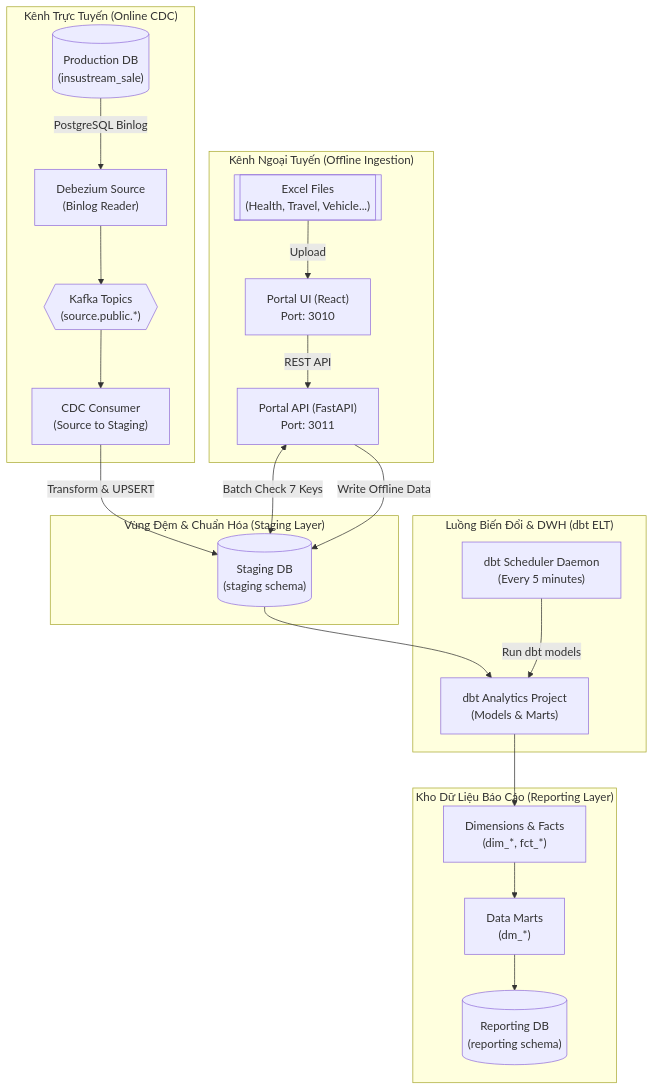
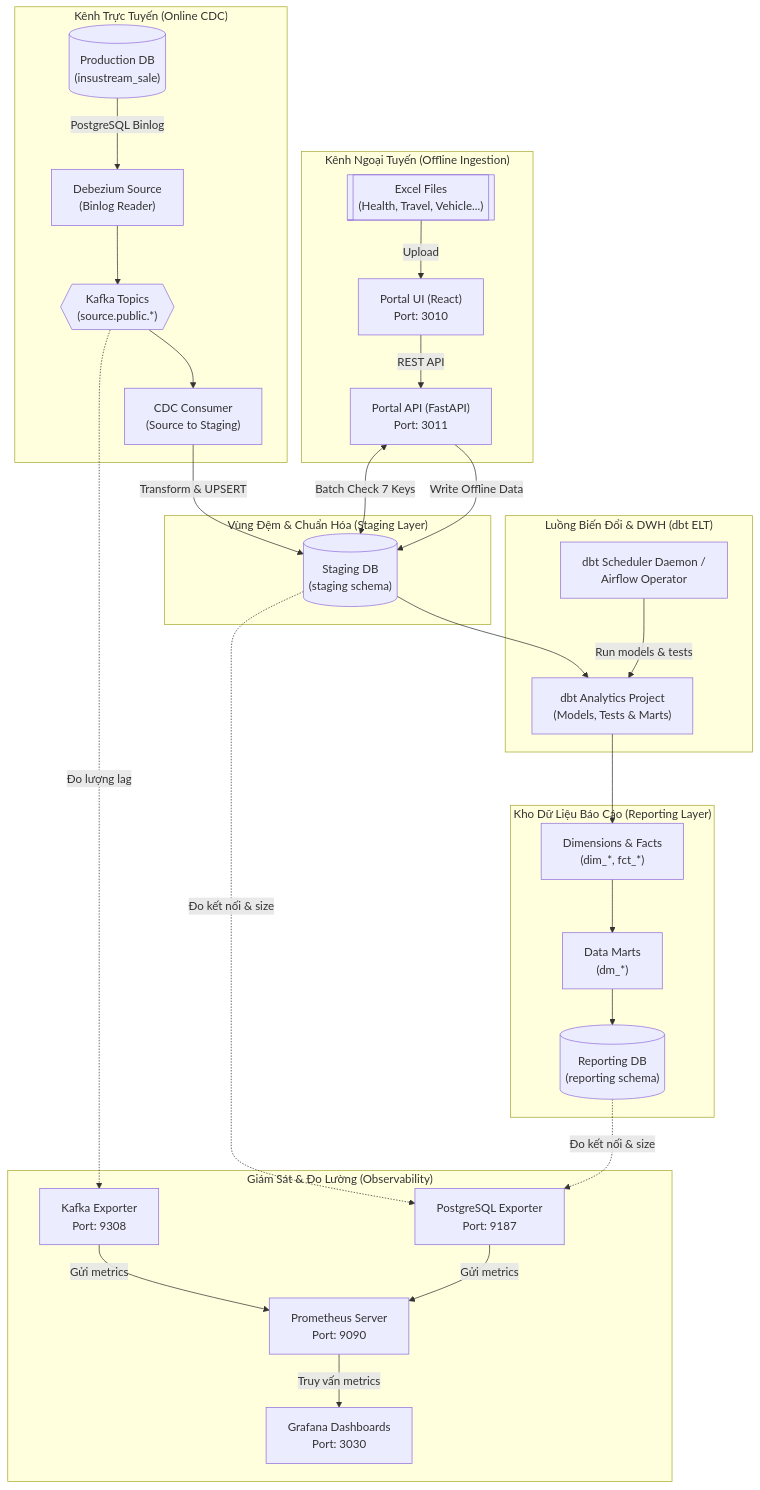
Before and after one commit to phatle224/hybrid-data-ingestion-streaming-platform: the diagram in README_VI.md, drawn with Mermaid. The commit also changed 5 other files, not shown here.

Commit message:
docs: add architecture documentation, workflow design guides, and dbt schema definitions

````diff
--- a/README_VI.md
+++ b/README_VI.md
@@ -57,49 +57,64 @@
 ```mermaid
 flowchart TB
     subgraph "Kênh Trực Tuyến (Online CDC)"
         SRC_DB[("Production DB<br/>(insustream_sale)")]
         DBZ_SRC["Debezium Source<br/>(Binlog Reader)"]
         KF_SRC{{"Kafka Topics<br/>(source.public.*)"}}
         CDC_CONS["CDC Consumer<br/>(Source to Staging)"]
     end
 
     subgraph "Kênh Ngoại Tuyến (Offline Ingestion)"
         EXCEL[["Excel Files<br/>(Health, Travel, Vehicle...)"]]
         PORTAL_FE["Portal UI (React)<br/>Port: 3010"]
         PORTAL_BE["Portal API (FastAPI)<br/>Port: 3011"]
     end
 
     subgraph "Vùng Đệm & Chuẩn Hóa (Staging Layer)"
         STG_DB[("Staging DB<br/>(staging schema)")]
     end
 
     subgraph "Luồng Biến Đổi & DWH (dbt ELT)"
-        SCHEDULER["dbt Scheduler Daemon<br/>(Every 5 minutes)"]
-        DBT_ANALYTICS["dbt Analytics Project<br/>(Models & Marts)"]
+        SCHEDULER["dbt Scheduler Daemon /<br/>Airflow Operator"]
+        DBT_ANALYTICS["dbt Analytics Project<br/>(Models, Tests & Marts)"]
     end
 
     subgraph "Kho Dữ Liệu Báo Cáo (Reporting Layer)"
         RPT_DB[("Reporting DB<br/>(reporting schema)")]
         WIDE_TAB["Dimensions & Facts<br/>(dim_*, fct_*)"]
         MARTS["Data Marts<br/>(dm_*)"]
+    end
+
+    subgraph "Giám Sát & Đo Lường (Observability)"
+        PROM["Prometheus Server<br/>Port: 9090"]
+        GRAF["Grafana Dashboards<br/>Port: 3030"]
+        K_EXP["Kafka Exporter<br/>Port: 9308"]
+        P_EXP["PostgreSQL Exporter<br/>Port: 9187"]
     end
 
     %% Kênh Online
     SRC_DB -->|PostgreSQL Binlog| DBZ_SRC
     DBZ_SRC --> KF_SRC
     KF_SRC --> CDC_CONS
     CDC_CONS -->|Transform & UPSERT| STG_DB
 
     %% Kênh Offline
     EXCEL -->|Upload| PORTAL_FE
     PORTAL_FE -->|REST API| PORTAL_BE
     PORTAL_BE <-->|Batch Check 7 Keys| STG_DB
     PORTAL_BE -->|Write Offline Data| STG_DB
 
     %% dbt ELT
     STG_DB --> DBT_ANALYTICS
-    SCHEDULER -->|Run dbt models| DBT_ANALYTICS
+    SCHEDULER -->|Run models & tests| DBT_ANALYTICS
     DBT_ANALYTICS --> WIDE_TAB
     WIDE_TAB --> MARTS
     MARTS --> RPT_DB
+
+    %% Kết nối giám sát
+    KF_SRC -.->|Đo lượng lag| K_EXP
+    K_EXP -->|Gửi metrics| PROM
+    STG_DB -.->|Đo kết nối & size| P_EXP
+    RPT_DB -.->|Đo kết nối & size| P_EXP
+    P_EXP -->|Gửi metrics| PROM
+    PROM -->|Truy vấn metrics| GRAF
 ```
````
